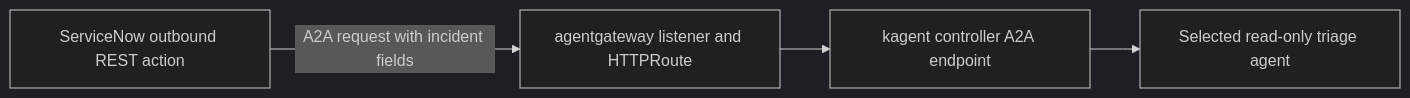
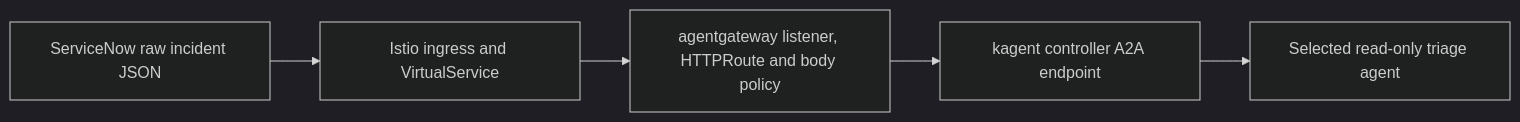
Before and after one commit to davidmarkgardiner/kagent-public: the second of 2 diagrams in platform/agentgateway/servicenow-incident-ingress/README.md, drawn with Mermaid (dark theme). The commit also changed other lines of this file, not shown here.

Commit message:
docs: add AKS Istio work-agent replication handoff

````diff
--- a/platform/agentgateway/servicenow-incident-ingress/README.md
+++ b/platform/agentgateway/servicenow-incident-ingress/README.md
@@ -42,6 +197,7 @@
 ```mermaid
 flowchart LR
-    SN[ServiceNow outbound REST action] -->|A2A request with incident fields| GW[agentgateway listener and HTTPRoute]
+    SN[ServiceNow raw incident JSON] --> IS[Istio ingress and VirtualService]
+    IS --> GW[agentgateway listener, HTTPRoute and body policy]
     GW --> KC[kagent controller A2A endpoint]
     KC --> AG[Selected read-only triage agent]
 ```
````
